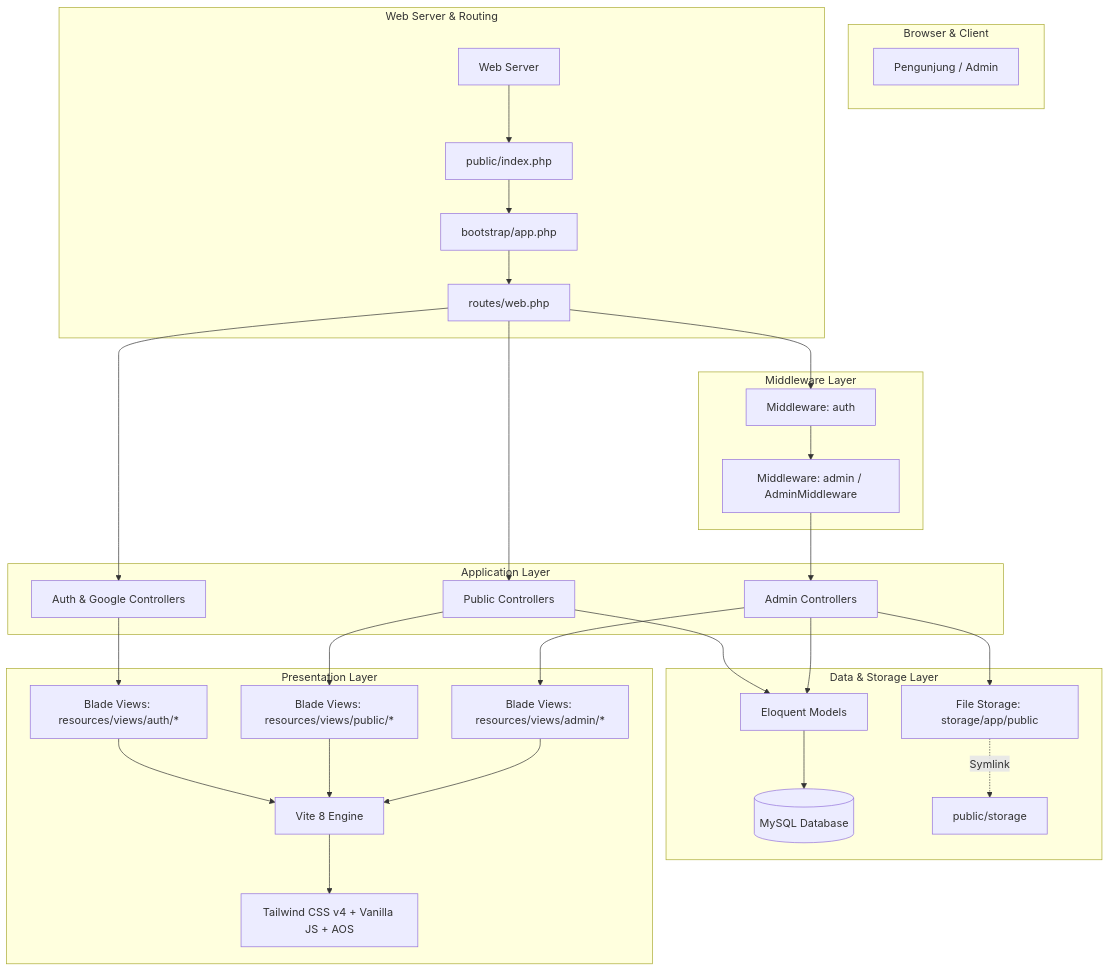
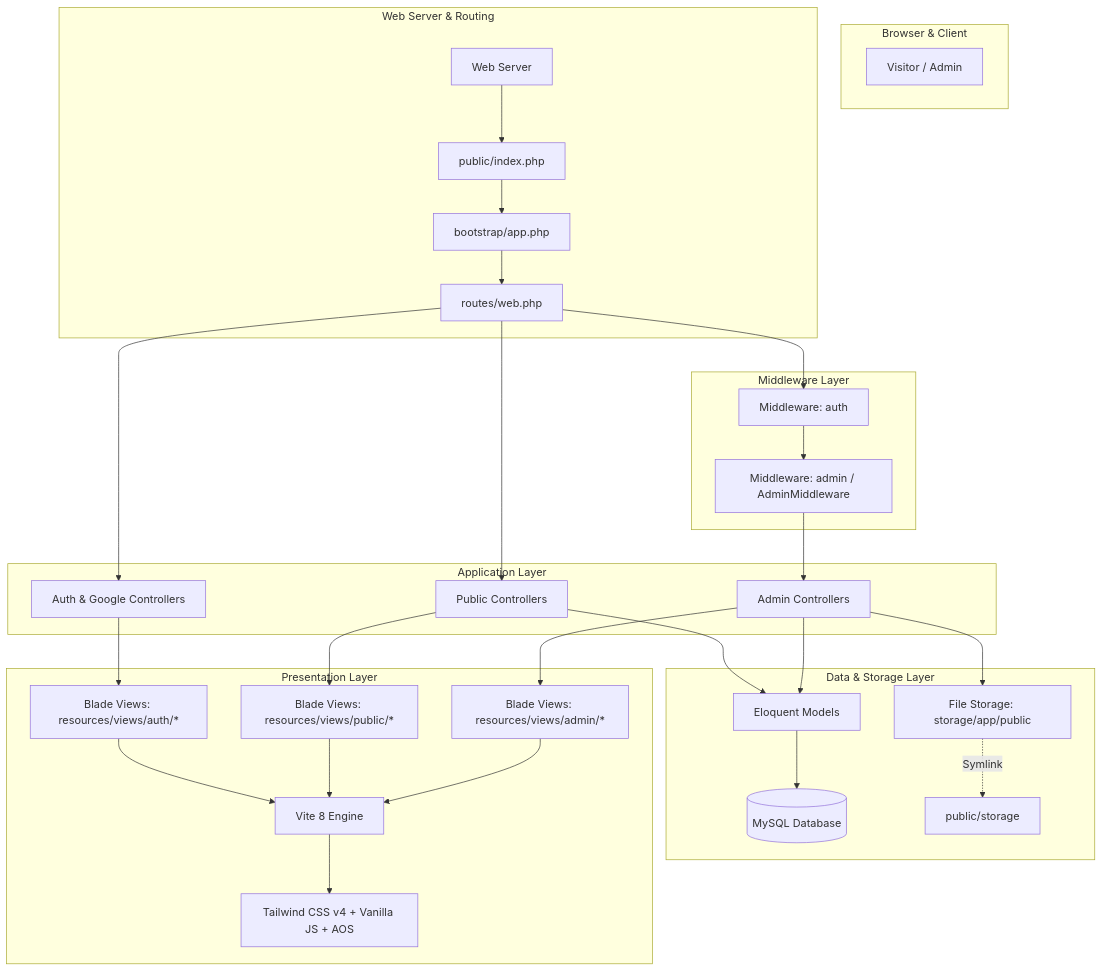
One commit to zan-ux/BLUD_SMKN2PURWAKARTA changed the diagram in document/architecture.md. Above: the diagram before and after it, drawn with Mermaid. The commit also changed other lines of this file and 7 other files, not shown here.

Commit message:
modified:   README.md 	modified:   document/README.md 	modified:   document/api.md 	modified:   document/architecture.md 	modified:   document/auth.md 	modified:   document/database.md 	modified:   document/features.md 	modified:   document/setup.md

````diff
--- a/document/architecture.md
+++ b/document/architecture.md
@@ -9,39 +9,39 @@
 ```mermaid
 graph TD
     subgraph Browser & Client
-        User[Pengunjung / Admin]
+        User[Visitor / Admin]
     end
 
     subgraph Web Server & Routing
         Nginx[Web Server] --> Entry[public/index.php]
         Entry --> Bootstrap[bootstrap/app.php]
         Bootstrap --> Router[routes/web.php]
     end
 
     subgraph Middleware Layer
         Router --> AuthCheck[Middleware: auth]
         AuthCheck --> AdminCheck[Middleware: admin / AdminMiddleware]
     end
 
     subgraph Application Layer
         AdminCheck --> AdminControllers[Admin Controllers]
         Router --> PublicControllers[Public Controllers]
         Router --> AuthControllers[Auth & Google Controllers]
     end
 
     subgraph Data & Storage Layer
         AdminControllers & PublicControllers --> Models[Eloquent Models]
         Models --> DB[(MySQL Database)]
         AdminControllers --> StorageDisk[File Storage: storage/app/public]
         StorageDisk -.->|Symlink| PublicStorage[public/storage]
     end
 
     subgraph Presentation Layer
         AdminControllers --> AdminViews[Blade Views: resources/views/admin/*]
         PublicControllers --> PublicViews[Blade Views: resources/views/public/*]
         AuthControllers --> AuthViews[Blade Views: resources/views/auth/*]
         
         AdminViews & PublicViews & AuthViews --> ViteEngine[Vite 8 Engine]
         ViteEngine --> TailwindV4[Tailwind CSS v4 + Vanilla JS + AOS]
     end
 ```
````
